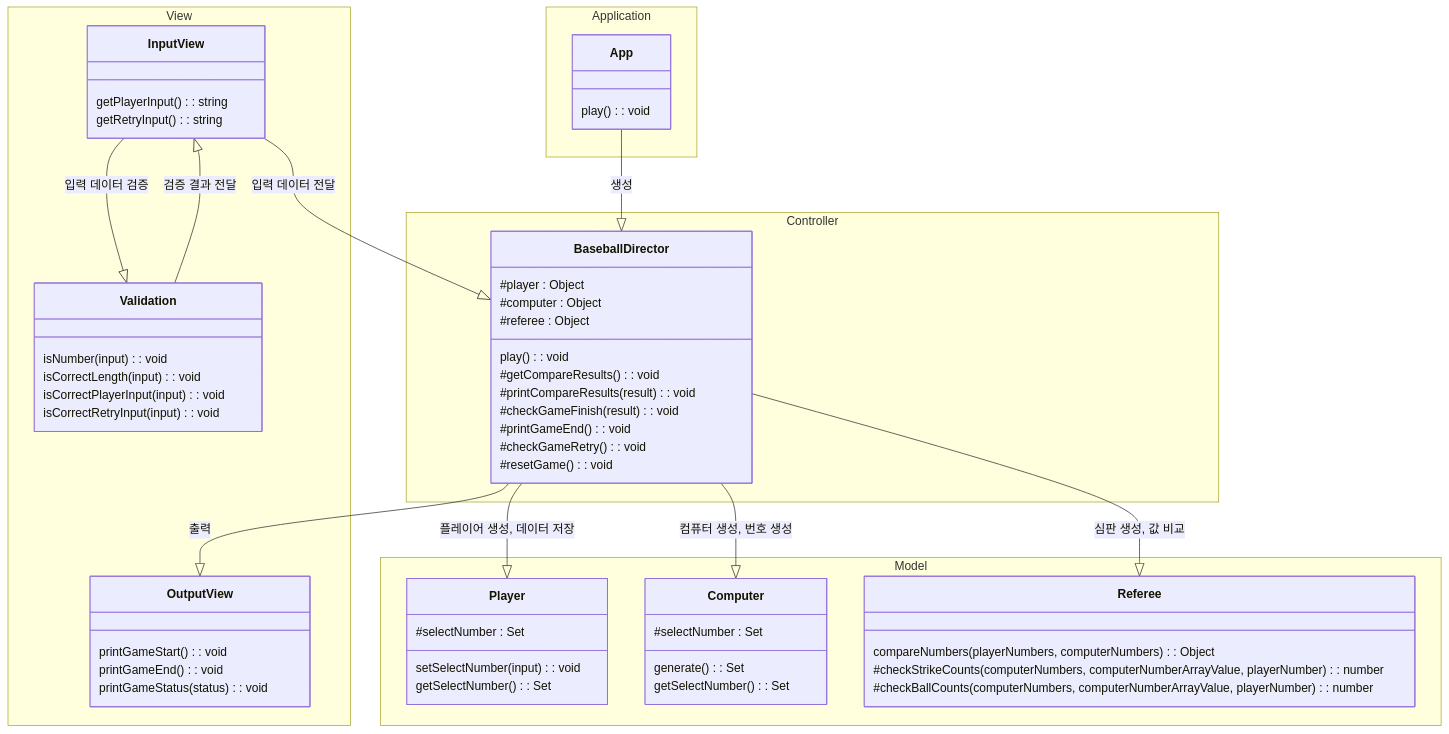
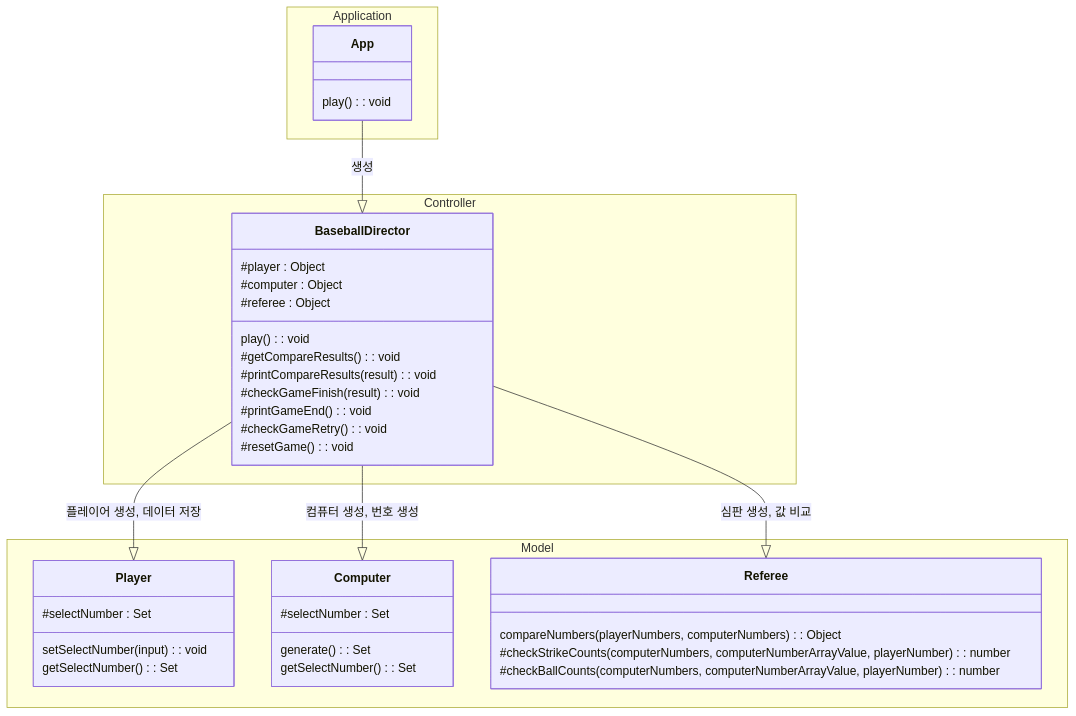
One commit to woowacourse-precourse/javascript-baseball-6 changed the first of 3 diagrams in src/docs/README.md. Above: the diagram before and after it, drawn with Mermaid.

Commit message:
docs : 클래스 다이어그램 수정

````diff
--- a/src/docs/README.md
+++ b/src/docs/README.md
@@ -42,68 +42,46 @@
 ```mermaid
 classDiagram
     App --|> BaseballDirector : 생성
     BaseballDirector --|> Player : 플레이어 생성, 데이터 저장
     BaseballDirector --|> Computer : 컴퓨터 생성, 번호 생성
     BaseballDirector --|> Referee : 심판 생성, 값 비교
-    BaseballDirector --|> OutputView : 출력
-    InputView --|> Validation : 입력 데이터 검증
-    Validation --|> InputView : 검증 결과 전달
-    InputView --|> BaseballDirector : 입력 데이터 전달
 
     namespace Application {
         class App {
             play() : void
         }
     }
 
     namespace Controller {
         class BaseballDirector {
             #player : Object
             #computer : Object
             #referee : Object
             play() : void
             #getCompareResults() : void
             #printCompareResults(result) : void
             #checkGameFinish(result) : void
             #printGameEnd() : void
             #checkGameRetry() : void
             #resetGame() : void
         }
     }
 
     namespace Model {
         class Player {
             #selectNumber : Set
             setSelectNumber(input) : void
             getSelectNumber() : Set
         }
         class Computer {
             #selectNumber : Set
             generate() : Set
             getSelectNumber() : Set
         }
         class Referee {
             compareNumbers(playerNumbers, computerNumbers) : Object
             #checkStrikeCounts(computerNumbers, computerNumberArrayValue, playerNumber) : number
             #checkBallCounts(computerNumbers, computerNumberArrayValue, playerNumber) : number
         }
     }
-
-    namespace View {
-        class InputView {
-            getPlayerInput() : string
-            getRetryInput() : string
-        }
-        class OutputView {
-            printGameStart() : void
-            printGameEnd() : void
-            printGameStatus(status) : void
-        }
-        class Validation {
-            isNumber(input) : void
-            isCorrectLength(input) : void
-            isCorrectPlayerInput(input) : void
-            isCorrectRetryInput(input) : void
-        }
-    }
 ```
````
